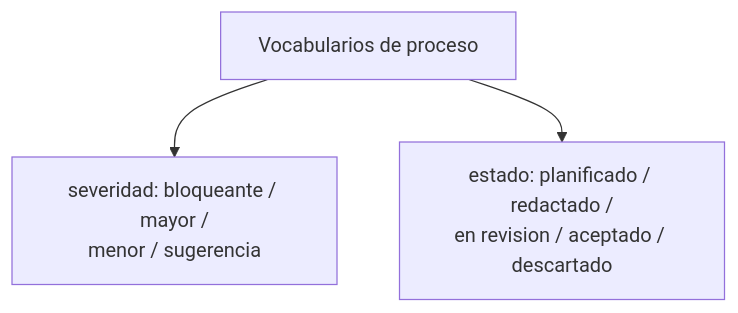
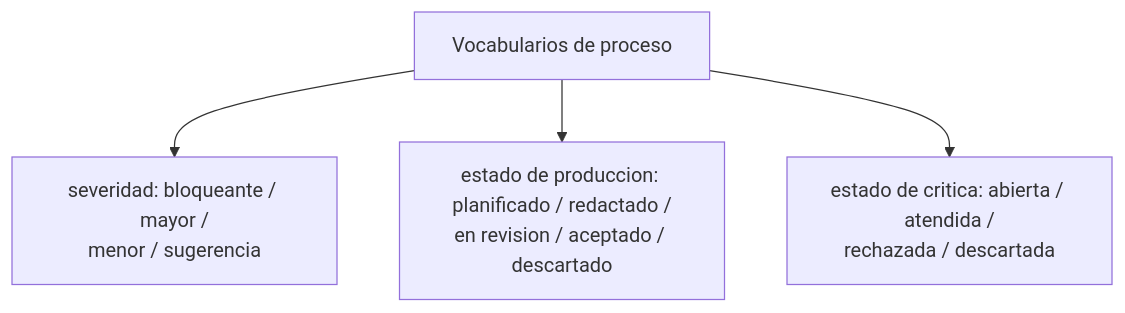
The fifth of 9 diagrams in docs/architecture.md (alvarofernandezqaracter/my-story-maker), drawn with Mermaid before and after one commit. The commit also changed other lines of this file and 7 other files, not shown here.

````diff
--- a/docs/architecture.md
+++ b/docs/architecture.md
@@ -199,5 +201,6 @@
 ```mermaid
 flowchart TD
   PROC[Vocabularios de proceso] --> SEV[severidad: bloqueante / mayor /<br/>menor / sugerencia]
-  PROC --> EST[estado: planificado / redactado /<br/>en revision / aceptado / descartado]
+  PROC --> EST[estado de produccion: planificado / redactado /<br/>en revision / aceptado / descartado]
+  PROC --> CRI[estado de critica: abierta / atendida /<br/>rechazada / descartada]
 ```
````
